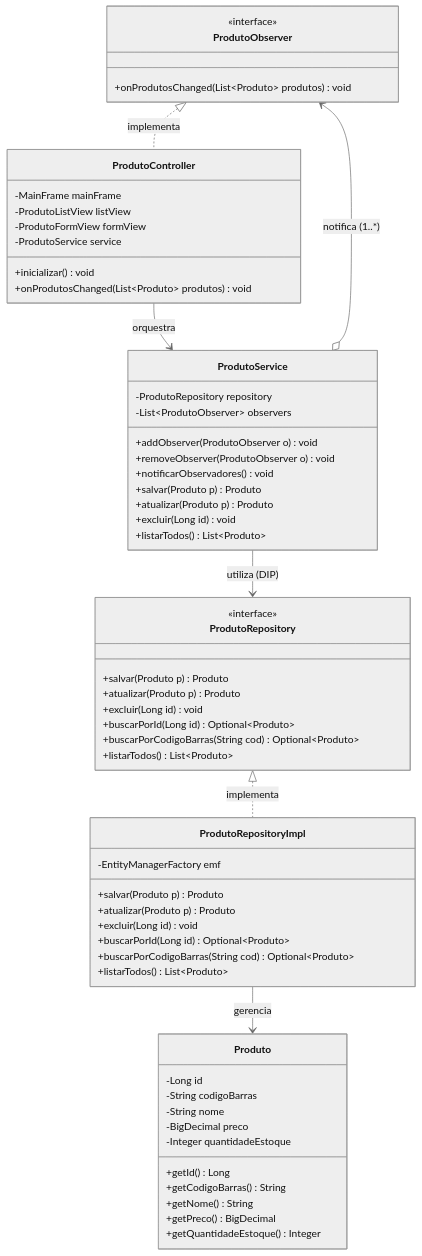
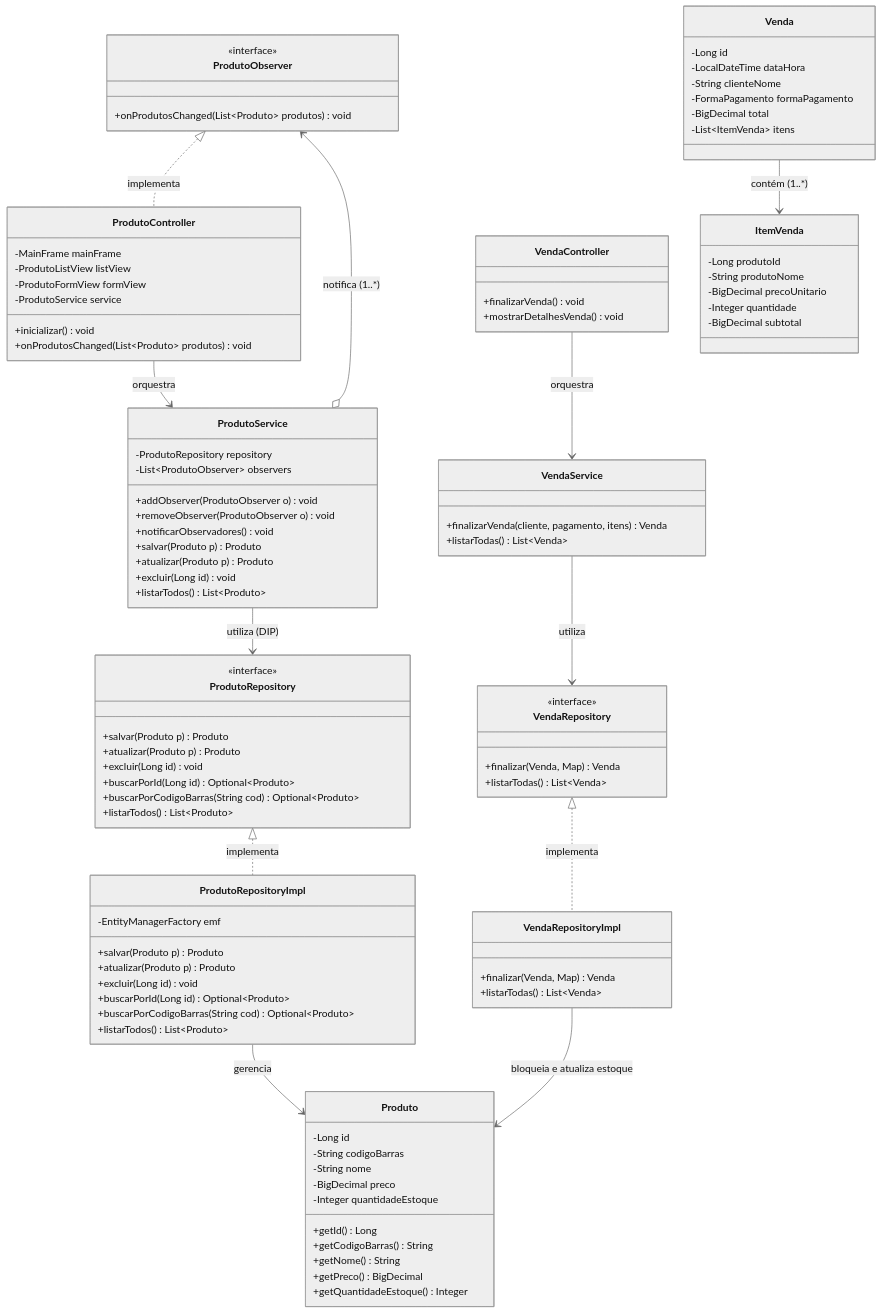
The fourth of 4 diagrams in README.md (ViniciuspSouza23/PDV-projeto-final-Backend), drawn with Mermaid (neutral theme) before and after one commit. The commit also changed other lines of this file and 13 other files, not shown here.

````diff
--- a/README.md
+++ b/README.md
@@ -217,10 +272,53 @@
         +onProdutosChanged(List~Produto~ produtos) void
     }
 
+    class Venda {
+        -Long id
+        -LocalDateTime dataHora
+        -String clienteNome
+        -FormaPagamento formaPagamento
+        -BigDecimal total
+        -List~ItemVenda~ itens
+    }
+
+    class ItemVenda {
+        -Long produtoId
+        -String produtoNome
+        -BigDecimal precoUnitario
+        -Integer quantidade
+        -BigDecimal subtotal
+    }
+
+    class VendaService {
+        +finalizarVenda(cliente, pagamento, itens) Venda
+        +listarTodas() List~Venda~
+    }
+
+    class VendaController {
+        +finalizarVenda() void
+        +mostrarDetalhesVenda() void
+    }
+
+    class VendaRepository {
+        <<interface>>
+        +finalizar(Venda, Map) Venda
+        +listarTodas() List~Venda~
+    }
+
+    class VendaRepositoryImpl {
+        +finalizar(Venda, Map) Venda
+        +listarTodas() List~Venda~
+    }
+
     ProdutoRepository <|.. ProdutoRepositoryImpl : implementa
     ProdutoObserver <|.. ProdutoController : implementa
     ProdutoService o--> ProdutoObserver : notifica (1..*)
     ProdutoService --> ProdutoRepository : utiliza (DIP)
     ProdutoController --> ProdutoService : orquestra
     ProdutoRepositoryImpl --> Produto : gerencia
+    VendaService --> VendaRepository : utiliza
+    VendaController --> VendaService : orquestra
+    VendaRepository <|.. VendaRepositoryImpl : implementa
+    VendaRepositoryImpl --> Produto : bloqueia e atualiza estoque
+    Venda --> ItemVenda : contém (1..*)
 ```
````
